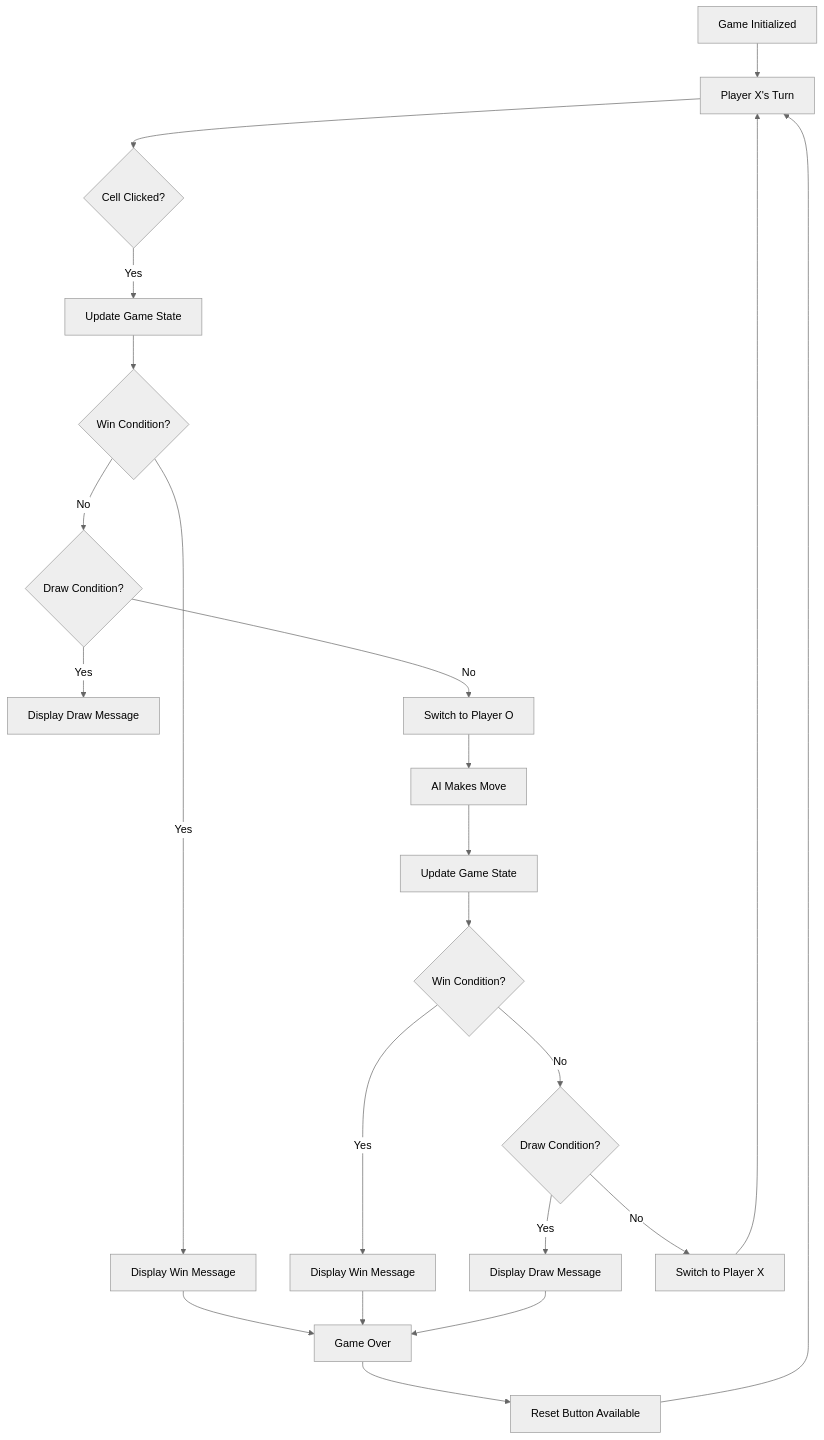
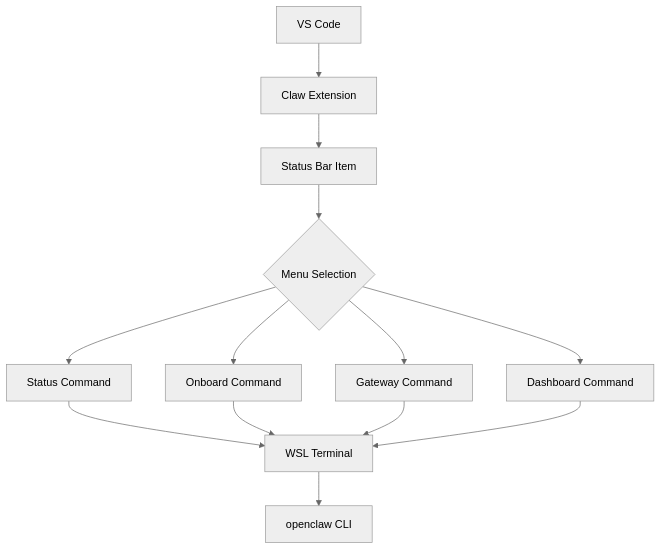
One commit to mochiyaki/clawdbot changed the diagram in README.md. Above: the diagram before and after it, drawn with Mermaid (neutral theme).

````diff
--- a/README.md
+++ b/README.md
@@ -27,24 +27,15 @@
 ```mermaid
 graph TD
-    A[Game Initialized] --> B[Player X's Turn]
-    B --> C{Cell Clicked?}
-    C -->|Yes| D[Update Game State]
-    D --> E{Win Condition?}
-    E -->|Yes| F[Display Win Message]
-    E -->|No| G{Draw Condition?}
-    G -->|Yes| H[Display Draw Message]
-    G -->|No| I[Switch to Player O]
-    I --> J[AI Makes Move]
-    J --> K[Update Game State]
-    K --> L{Win Condition?}
-    L -->|Yes| M[Display Win Message]
-    L -->|No| N{Draw Condition?}
-    N -->|Yes| O[Display Draw Message]
-    N -->|No| P[Switch to Player X]
-    P --> B
-    F --> Q[Game Over]
-    M --> Q
-    O --> Q
-    Q --> R[Reset Button Available]
-    R --> B
+    A[VS Code] --> B[Claw Extension]
+    B --> C[Status Bar Item]
+    C --> D{Menu Selection}
+    D --> E[Status Command]
+    D --> F[Onboard Command]
+    D --> G[Gateway Command]
+    D --> H[Dashboard Command]
+    E --> I[WSL Terminal]
+    F --> I
+    G --> I
+    H --> I
+    I --> J[openclaw CLI]
 ```
````
